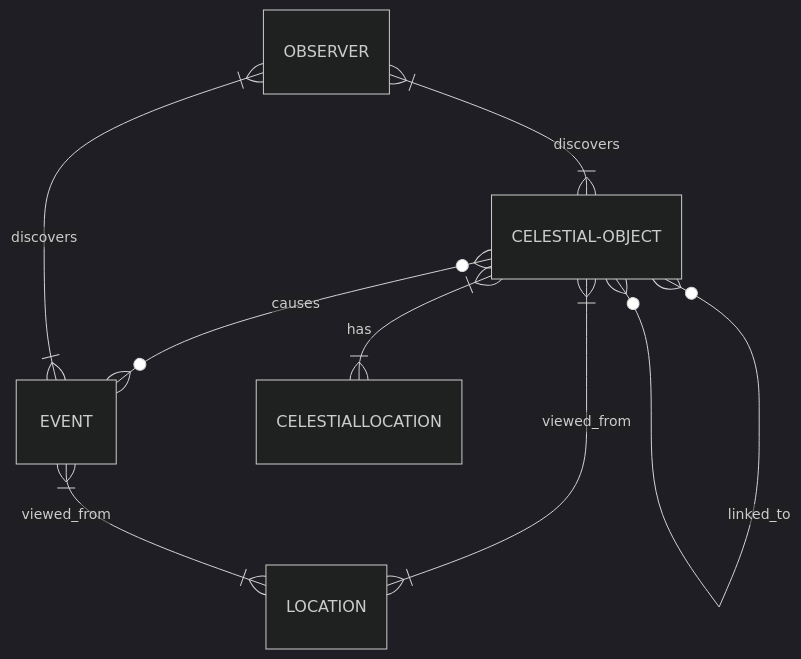
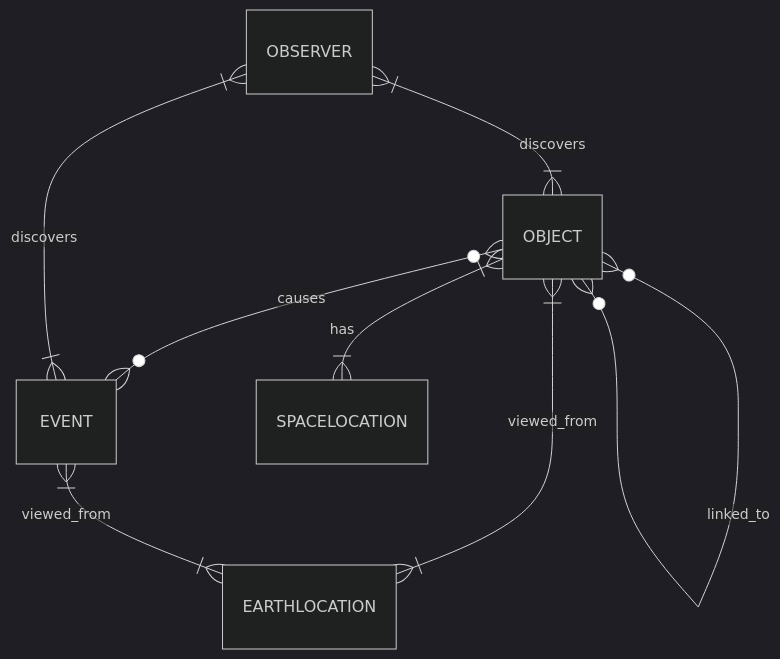
Before and after one commit to cmsc-vcu/cmsc508-fa2023-prj-astronomy_database_group53: the diagram in reports/finalProjectOverview.qmd, drawn with Mermaid. The commit also changed other lines of this file and 4 other files, not shown here.

````diff
--- a/reports/finalProjectOverview.qmd
+++ b/reports/finalProjectOverview.qmd
@@ -72,11 +75,11 @@
 ```{mermaid}
 %%{init: {'theme':'dark'}}%%
 erDiagram
-    CELESTIAL-OBJECT }o--o{ EVENT : causes
-    CELESTIAL-OBJECT }o--o{ CELESTIAL-OBJECT : linked_to
-    OBSERVER }|--|{ CELESTIAL-OBJECT : discovers
+    OBJECT }o--o{ EVENT : causes
+    OBJECT }o--o{ OBJECT : linked_to
+    OBSERVER }|--|{ OBJECT : discovers
     OBSERVER }|--|{ EVENT : discovers
-    CELESTIAL-OBJECT }|--|{ LOCATION : viewed_from
-    CELESTIAL-OBJECT }|--|{ CELESTIALLOCATION : has
-    EVENT }|--|{ LOCATION : viewed_from
+    OBJECT }|--|{ EARTHLOCATION : viewed_from
+    OBJECT }|--|{ SPACELOCATION : has
+    EVENT }|--|{ EARTHLOCATION : viewed_from
 ```
````
